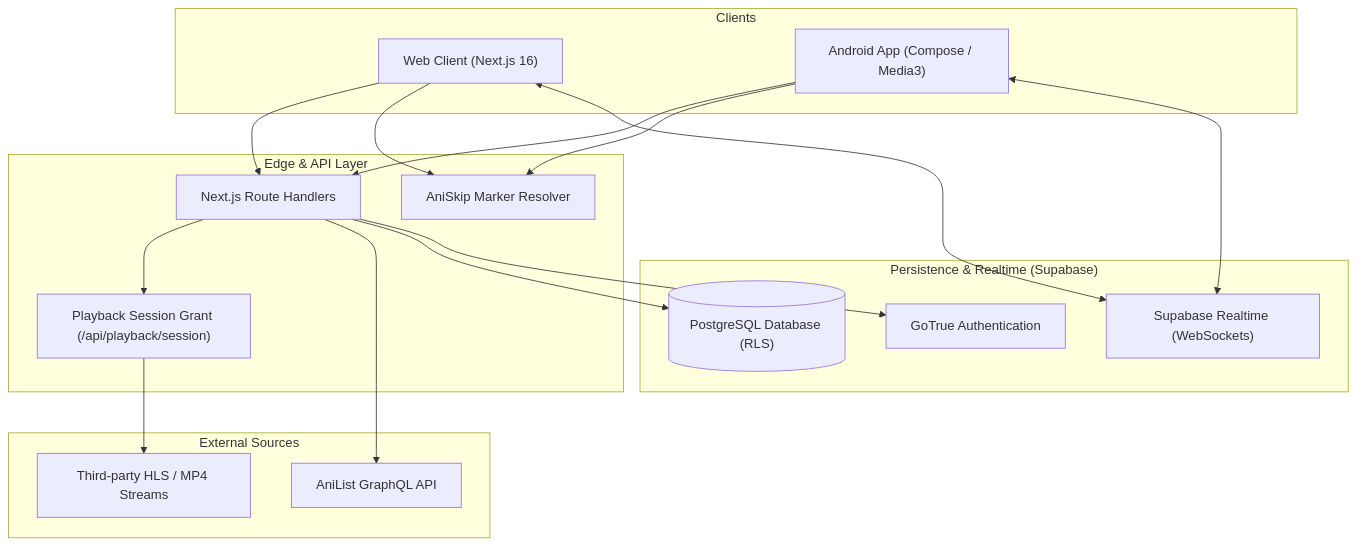
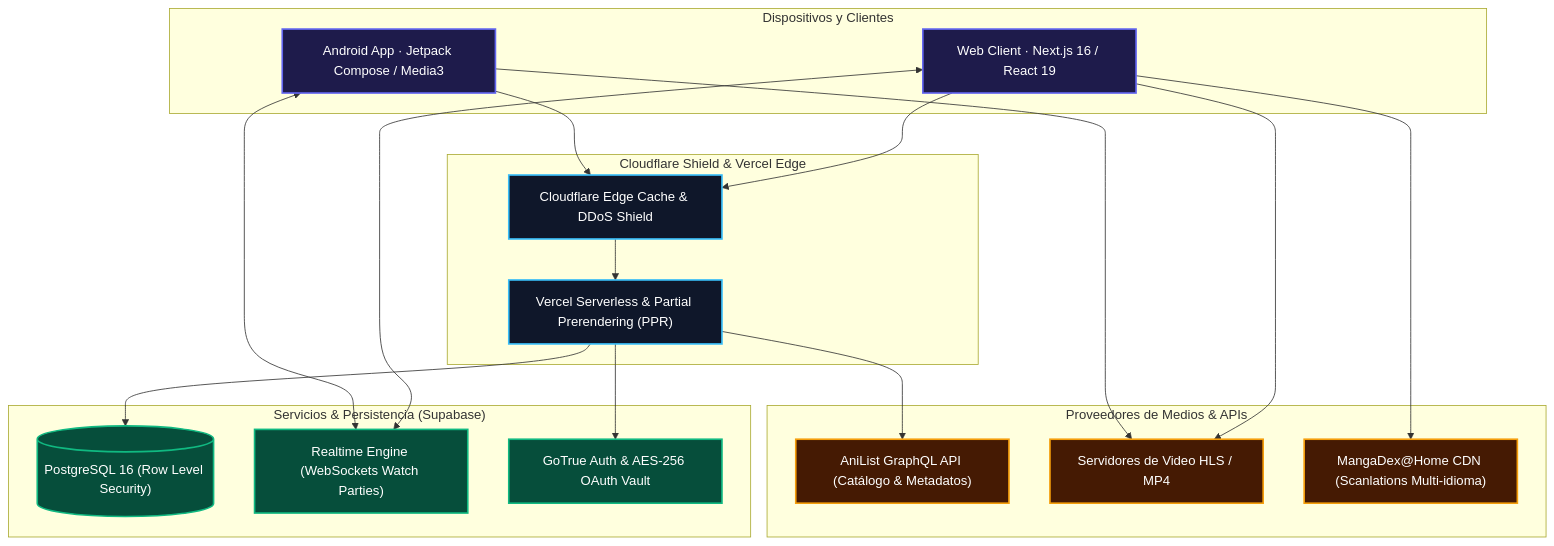
The diagram in README.md (AndrehhX/Kaze), drawn with Mermaid before and after one commit. The commit also changed other lines of this file, not shown here.

````diff
--- a/README.md
+++ b/README.md
@@ -47,36 +89,41 @@
 ```mermaid
 flowchart TD
-    subgraph Clients["Clients"]
-        Web["Web Client (Next.js 16)"]
-        Mobile["Android App (Compose / Media3)"]
+    classDef client fill:#1e1b4b,stroke:#6366f1,stroke-width:2px,color:#fff;
+    classDef edge fill:#0f172a,stroke:#38bdf8,stroke-width:2px,color:#fff;
+    classDef backend fill:#064e3b,stroke:#10b981,stroke-width:2px,color:#fff;
+    classDef external fill:#451a03,stroke:#f59e0b,stroke-width:2px,color:#fff;
+
+    subgraph Clients[" Dispositivos y Clientes "]
+        Web["Web Client · Next.js 16 / React 19"]:::client
+        Mobile["Android App · Jetpack Compose / Media3"]:::client
     end
 
-    subgraph Edge["Edge & API Layer"]
-        Proxy["Next.js Route Handlers"]
-        SessionAuth["Playback Session Grant (/api/playback/session)"]
-        AniSkip["AniSkip Marker Resolver"]
+    subgraph EdgeLayer[" Cloudflare Shield & Vercel Edge "]
+        CF["Cloudflare Edge Cache & DDoS Shield"]:::edge
+        Vercel["Vercel Serverless & Partial Prerendering (PPR)"]:::edge
     end
 
-    subgraph DataSources["External Sources"]
-        AniList["AniList GraphQL API"]
-        Streams["Third-party HLS / MP4 Streams"]
+    subgraph Backend[" Servicios & Persistencia (Supabase) "]
+        Postgres[("PostgreSQL 16 (Row Level Security)")]:::backend
+        Realtime["Realtime Engine (WebSockets Watch Parties)"]:::backend
+        Auth["GoTrue Auth & AES-256 OAuth Vault"]:::backend
     end
 
-    subgraph Persistence["Persistence & Realtime (Supabase)"]
-        DB[("PostgreSQL Database (RLS)")]
-        WS["Supabase Realtime (WebSockets)"]
-        Auth["GoTrue Authentication"]
+    subgraph External[" Proveedores de Medios & APIs "]
+        AniList["AniList GraphQL API (Catálogo & Metadatos)"]:::external
+        Streams["Servidores de Video HLS / MP4"]:::external
+        MangaDex["MangaDex@Home CDN (Scanlations Multi-idioma)"]:::external
     end
 
-    Web --> Proxy
-    Mobile --> Proxy
-    Proxy --> SessionAuth
-    Proxy --> AniList
-    SessionAuth --> Streams
-    Web --> AniSkip
-    Mobile --> AniSkip
-    Web <--> WS
-    Mobile <--> WS
-    Proxy --> DB
-    Proxy --> Auth
+    Web --> CF
+    Mobile --> CF
+    CF --> Vercel
+    Vercel --> Postgres
+    Vercel --> Auth
+    Web <--> Realtime
+    Mobile <--> Realtime
+    Vercel --> AniList
+    Web --> Streams
+    Mobile --> Streams
+    Web --> MangaDex
 ```
````
